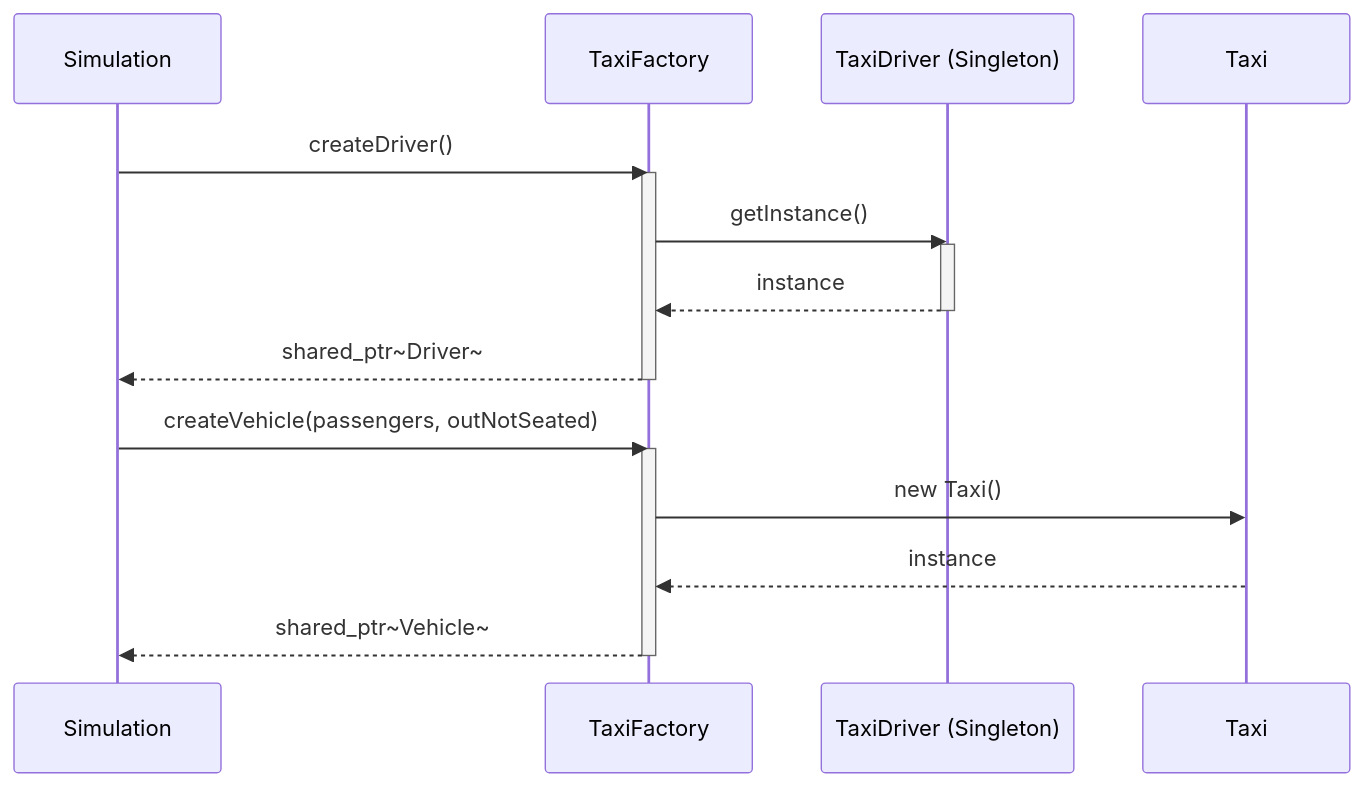
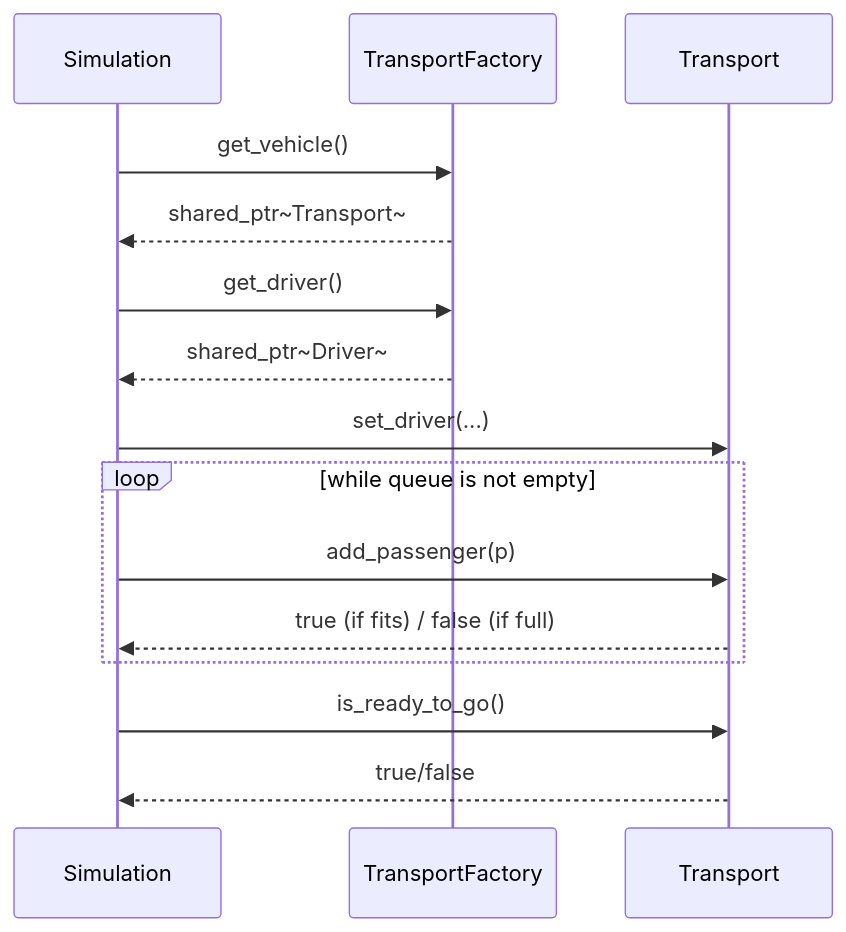
One commit to ivan-aleschin/uni changed the second of 2 diagrams in software-architecture/lab-1/README.md. Above: the diagram before and after it, drawn with Mermaid. The commit also changed other lines of this file and 22 other files, not shown here.

````diff
--- a/software-architecture/lab-1/README.md
+++ b/software-architecture/lab-1/README.md
@@ -117,23 +97,20 @@
 ```mermaid
 sequenceDiagram
     participant Client as Simulation
-    participant Factory as TaxiFactory
-    participant Driver as TaxiDriver (Singleton)
-    participant Vehicle as Taxi
+    participant Factory as TransportFactory
+    participant Vehicle as Transport
     
-    Client->>Factory: createDriver()
-    activate Factory
-    Factory->>Driver: getInstance()
-    activate Driver
-    Driver-->>Factory: instance
-    deactivate Driver
+    Client->>Factory: get_vehicle()
+    Factory-->>Client: shared_ptr~Transport~
+    
+    Client->>Factory: get_driver()
     Factory-->>Client: shared_ptr~Driver~
-    deactivate Factory
     
-    Client->>Factory: createVehicle(passengers, outNotSeated)
-    activate Factory
-    Factory->>Vehicle: new Taxi()
-    Vehicle-->>Factory: instance
-    Factory-->>Client: shared_ptr~Vehicle~
-    deactivate Factory
+    Client->>Vehicle: set_driver(...)
+    loop while queue is not empty
+        Client->>Vehicle: add_passenger(p)
+        Vehicle-->>Client: true (if fits) / false (if full)
+    end
+    Client->>Vehicle: is_ready_to_go()
+    Vehicle-->>Client: true/false
 ```
````
